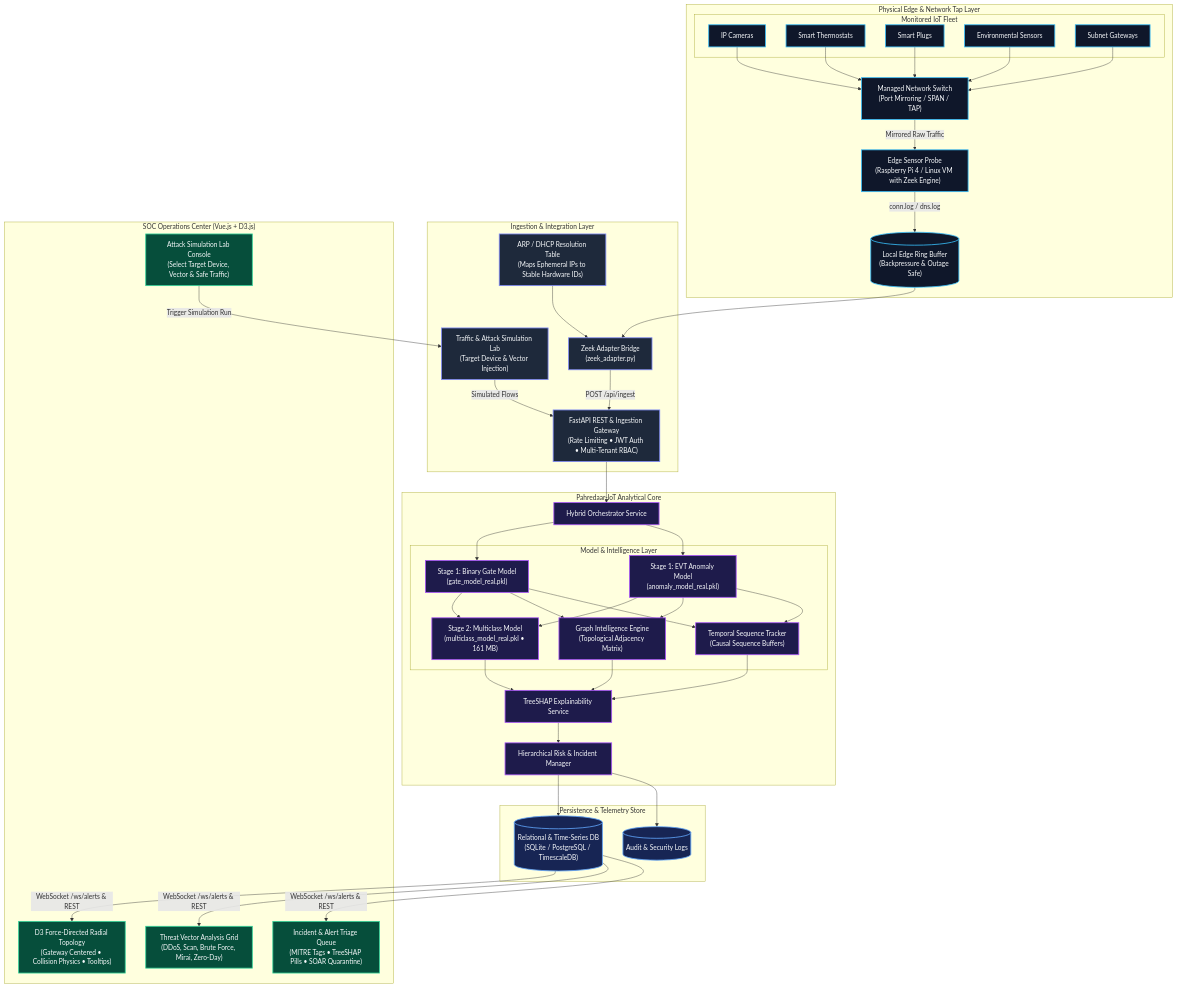
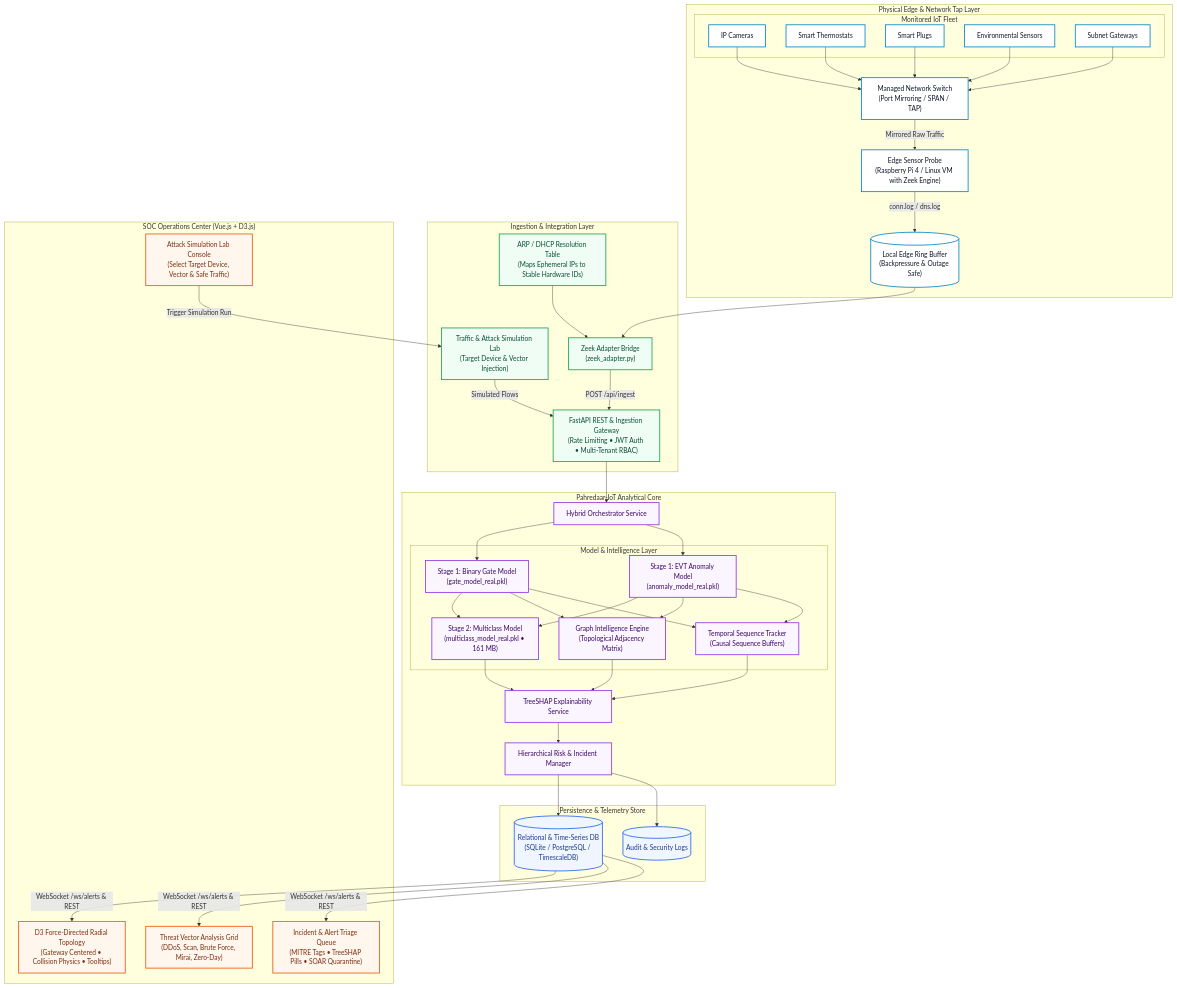
One commit to Poojax21/ai-iot-intrusion-detection changed the second of 2 diagrams in docs/architecture_and_algorithm_diagrams.md. Above: the diagram before and after it, drawn with Mermaid. The commit also changed other lines of this file, not shown here.

Commit message:
style(diagrams): update diagrams to high-contrast white/light theme for presentations

````diff
--- a/docs/architecture_and_algorithm_diagrams.md
+++ b/docs/architecture_and_algorithm_diagrams.md
@@ -98,80 +86,80 @@
 ```mermaid
 flowchart TB
-    %% Styling
-    classDef edgeStyle fill:#0f172a,stroke:#38bdf8,stroke-width:2px,color:#f8fafc;
-    classDef ingestStyle fill:#1e293b,stroke:#818cf8,stroke-width:2px,color:#f8fafc;
-    classDef coreStyle fill:#1e1b4b,stroke:#a855f7,stroke-width:2px,color:#f8fafc;
-    classDef dataStyle fill:#172554,stroke:#60a5fa,stroke-width:2px,color:#f8fafc;
-    classDef uiStyle fill:#064e3b,stroke:#34d399,stroke-width:2px,color:#f8fafc;
+    %% White / Light Theme Styling
+    classDef edgeStyle fill:#ffffff,stroke:#0284c7,stroke-width:2px,color:#0f172a;
+    classDef ingestStyle fill:#f0fdf4,stroke:#16a34a,stroke-width:2px,color:#064e3b;
+    classDef coreStyle fill:#faf5ff,stroke:#9333ea,stroke-width:2px,color:#3b0764;
+    classDef dataStyle fill:#eff6ff,stroke:#2563eb,stroke-width:2px,color:#1e3a8a;
+    classDef uiStyle fill:#fff7ed,stroke:#ea580c,stroke-width:2px,color:#7c2d12;
 
     %% Edge Layer
     subgraph EDGE["Physical Edge & Network Tap Layer"]
         subgraph IOT_FLEET["Monitored IoT Fleet"]
             CAM["IP Cameras"]:::edgeStyle
             THERM["Smart Thermostats"]:::edgeStyle
             PLUG["Smart Plugs"]:::edgeStyle
             SENS["Environmental Sensors"]:::edgeStyle
             GW["Subnet Gateways"]:::edgeStyle
         end
         SWITCH["Managed Network Switch<br/>(Port Mirroring / SPAN / TAP)"]:::edgeStyle
         PROBE["Edge Sensor Probe<br/>(Raspberry Pi 4 / Linux VM with Zeek Engine)"]:::edgeStyle
         BUFFER[("Local Edge Ring Buffer<br/>(Backpressure & Outage Safe)")]:::edgeStyle
     end
 
     CAM & THERM & PLUG & SENS & GW --> SWITCH
     SWITCH -->|Mirrored Raw Traffic| PROBE
     PROBE -->|conn.log / dns.log| BUFFER
 
     %% Ingestion Layer
     subgraph INGEST["Ingestion & Integration Layer"]
         BRIDGE["Zeek Adapter Bridge<br/>(zeek_adapter.py)"]:::ingestStyle
         ARP["ARP / DHCP Resolution Table<br/>(Maps Ephemeral IPs to Stable Hardware IDs)"]:::ingestStyle
         SIM["Traffic & Attack Simulation Lab<br/>(Target Device & Vector Injection)"]:::ingestStyle
         API_GATEWAY["FastAPI REST & Ingestion Gateway<br/>(Rate Limiting • JWT Auth • Multi-Tenant RBAC)"]:::ingestStyle
     end
 
     BUFFER --> BRIDGE
     ARP --> BRIDGE
     BRIDGE -->|POST /api/ingest| API_GATEWAY
     SIM -->|Simulated Flows| API_GATEWAY
 
     %% Core Detection Engine
     subgraph ENGINE["Pahredaar-IoT Analytical Core"]
         ORCH["Hybrid Orchestrator Service"]:::coreStyle
         
         subgraph MODELS["Model & Intelligence Layer"]
             M_GATE["Stage 1: Binary Gate Model<br/>(gate_model_real.pkl)"]:::coreStyle
             M_EVT["Stage 1: EVT Anomaly Model<br/>(anomaly_model_real.pkl)"]:::coreStyle
             M_MULTI["Stage 2: Multiclass Model<br/>(multiclass_model_real.pkl • 161 MB)"]:::coreStyle
             M_GRAPH["Graph Intelligence Engine<br/>(Topological Adjacency Matrix)"]:::coreStyle
             M_TEMP["Temporal Sequence Tracker<br/>(Causal Sequence Buffers)"]:::coreStyle
         end
 
         SHAP_SRV["TreeSHAP Explainability Service"]:::coreStyle
         RISK_SRV["Hierarchical Risk & Incident Manager"]:::coreStyle
     end
 
     API_GATEWAY --> ORCH
     ORCH --> M_GATE & M_EVT
     M_GATE & M_EVT --> M_MULTI & M_GRAPH & M_TEMP
     M_MULTI & M_GRAPH & M_TEMP --> SHAP_SRV --> RISK_SRV
 
     %% Storage Layer
     subgraph STORAGE["Persistence & Telemetry Store"]
         DB[("Relational & Time-Series DB<br/>(SQLite / PostgreSQL / TimescaleDB)")]:::dataStyle
         AUDIT[("Audit & Security Logs")]:::dataStyle
     end
 
     RISK_SRV --> DB & AUDIT
 
     %% Presentation Layer
     subgraph PRESENTATION["SOC Operations Center (Vue.js + D3.js)"]
         TOPOLOGY["D3 Force-Directed Radial Topology<br/>(Gateway Centered • Collision Physics • Tooltips)"]:::uiStyle
         VECTORS["Threat Vector Analysis Grid<br/>(DDoS, Scan, Brute Force, Mirai, Zero-Day)"]:::uiStyle
         SIM_UI["Attack Simulation Lab Console<br/>(Select Target Device, Vector & Safe Traffic)"]:::uiStyle
         INCIDENTS["Incident & Alert Triage Queue<br/>(MITRE Tags • TreeSHAP Pills • SOAR Quarantine)"]:::uiStyle
     end
 
     DB -->|WebSocket /ws/alerts & REST| TOPOLOGY & VECTORS & INCIDENTS
     SIM_UI -->|Trigger Simulation Run| SIM
 ```
````
